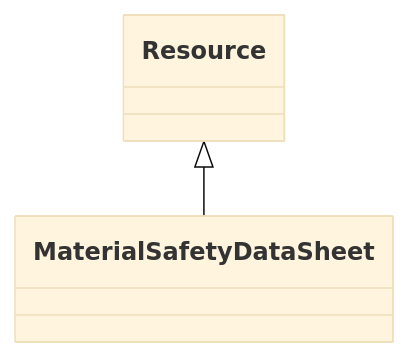
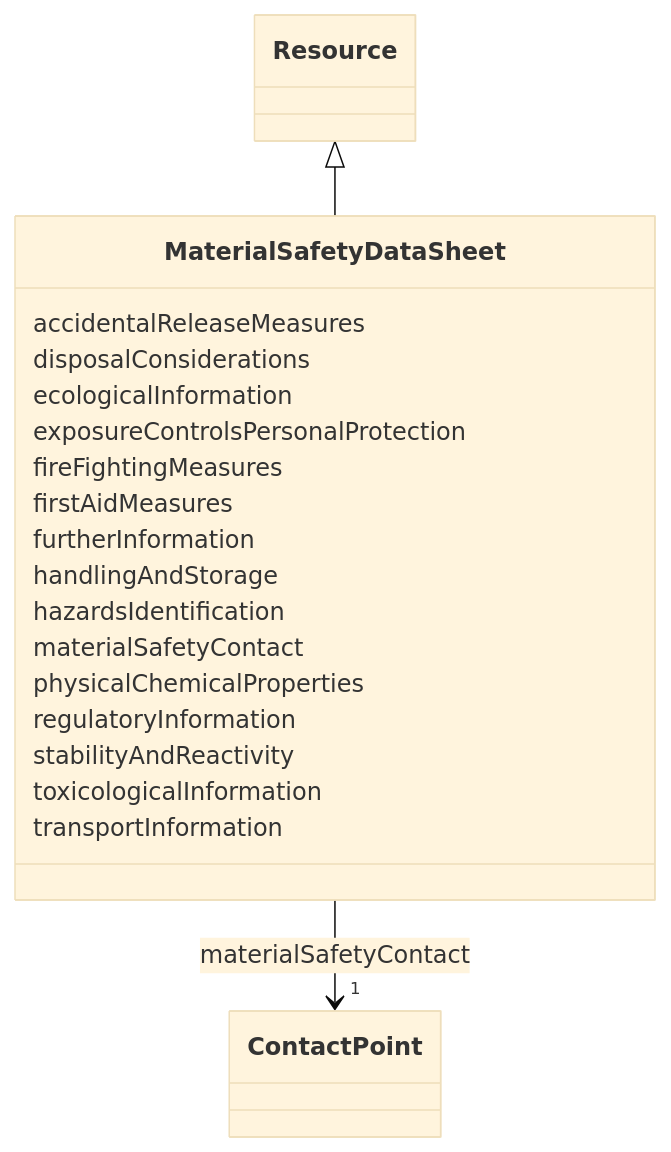
One commit to EVORA-project/evora-ontology changed the diagram in models/docs/MaterialSafetyDataSheet.md. Above: the diagram before and after it, drawn with Mermaid (base theme). The commit also changed other lines of this file and 185 other files, not shown here.

````diff
--- a/models/docs/MaterialSafetyDataSheet.md
+++ b/models/docs/MaterialSafetyDataSheet.md
@@ -19,9 +19,46 @@
 ```mermaid
  classDiagram
     class MaterialSafetyDataSheet
     click MaterialSafetyDataSheet href "../MaterialSafetyDataSheet"
       Resource <|-- MaterialSafetyDataSheet
         click Resource href "../Resource"
       
+      MaterialSafetyDataSheet : accidentalReleaseMeasures
+        
+      MaterialSafetyDataSheet : disposalConsiderations
+        
+      MaterialSafetyDataSheet : ecologicalInformation
+        
+      MaterialSafetyDataSheet : exposureControlsPersonalProtection
+        
+      MaterialSafetyDataSheet : fireFightingMeasures
+        
+      MaterialSafetyDataSheet : firstAidMeasures
+        
+      MaterialSafetyDataSheet : furtherInformation
+        
+      MaterialSafetyDataSheet : handlingAndStorage
+        
+      MaterialSafetyDataSheet : hazardsIdentification
+        
+      MaterialSafetyDataSheet : materialSafetyContact
+        
+          
+    
+    
+    MaterialSafetyDataSheet --> "1" ContactPoint : materialSafetyContact
+    click ContactPoint href "../ContactPoint"
+
+        
+      MaterialSafetyDataSheet : physicalChemicalProperties
+        
+      MaterialSafetyDataSheet : regulatoryInformation
+        
+      MaterialSafetyDataSheet : stabilityAndReactivity
+        
+      MaterialSafetyDataSheet : toxicologicalInformation
+        
+      MaterialSafetyDataSheet : transportInformation
+        
       
 ```
````
